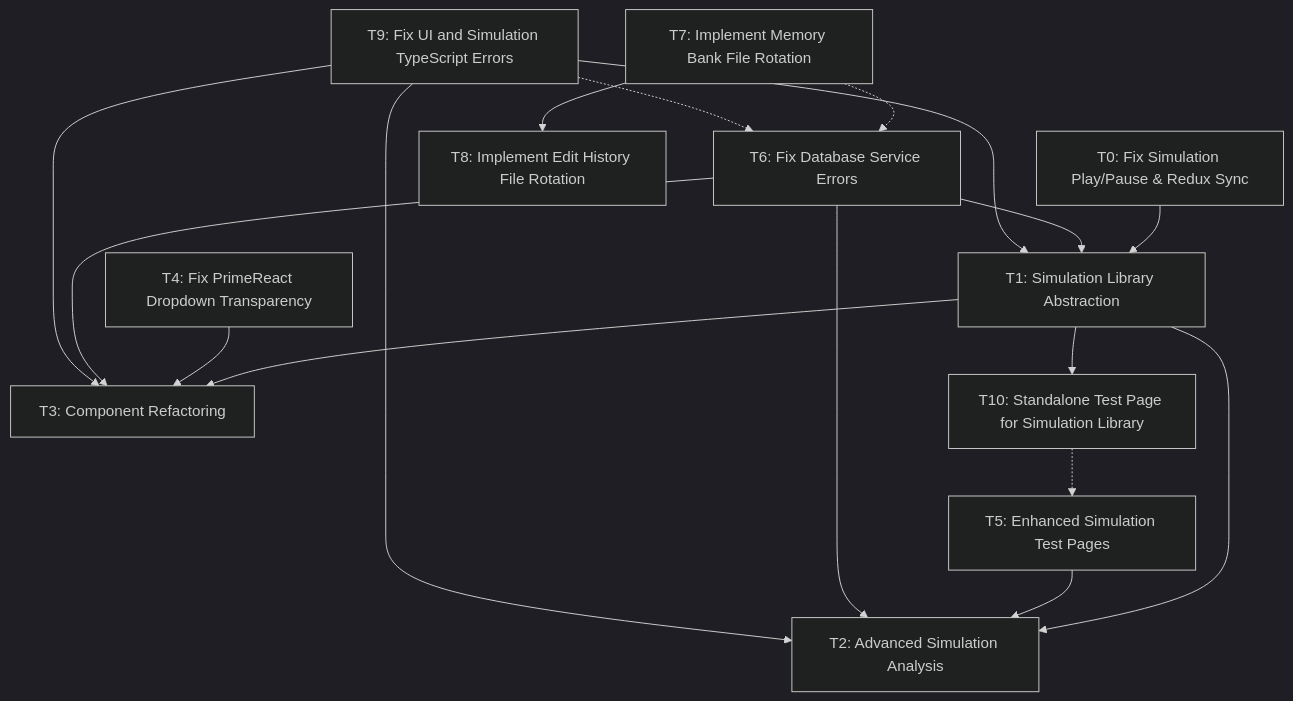
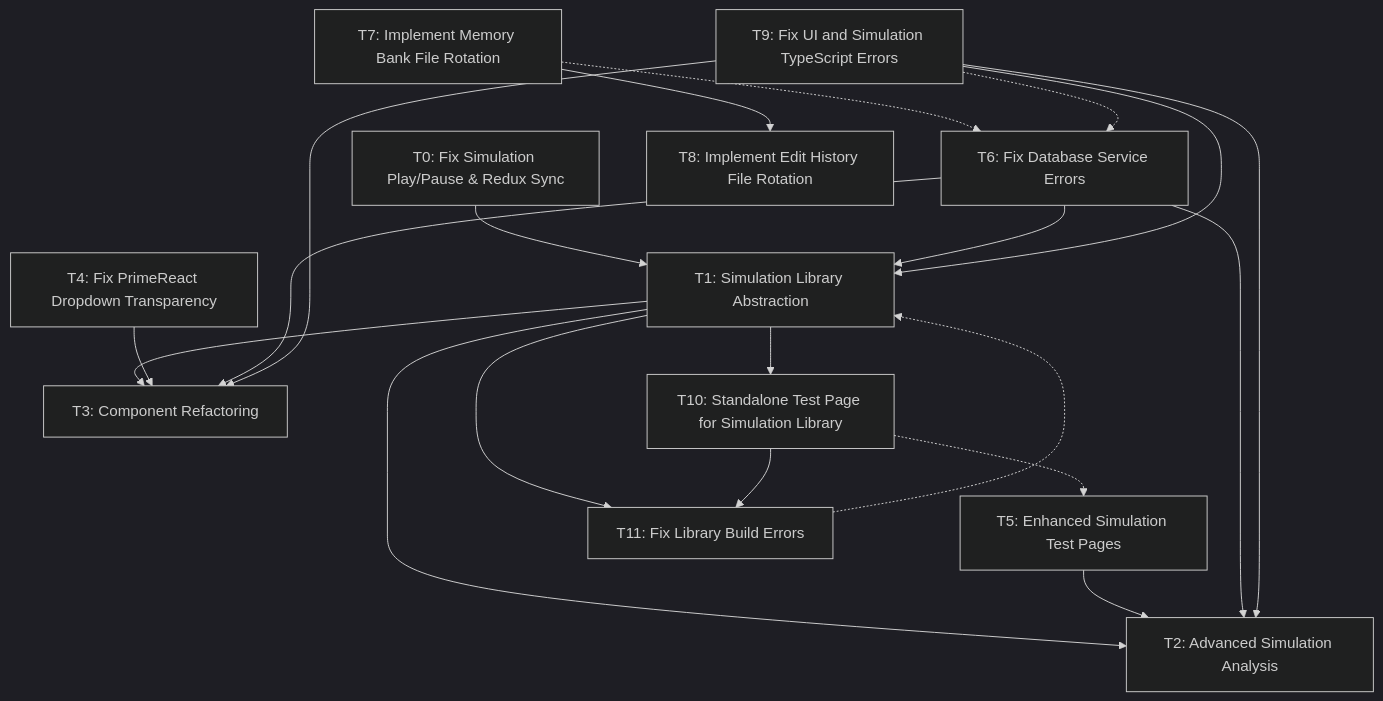
The diagram in memory-bank/tasks.md (space-cadet/spin_network_app), drawn with Mermaid (dark theme) before and after one commit. The commit also changed other lines of this file and 7 other files, not shown here.

````diff
--- a/memory-bank/tasks.md
+++ b/memory-bank/tasks.md
@@ -284,31 +314,35 @@
 ```mermaid
 graph TD
     T1[T1: Simulation Library Abstraction]
     T2[T2: Advanced Simulation Analysis]
     T3[T3: Component Refactoring]
     T0[T0: Fix Simulation Play/Pause & Redux Sync]
     T4[T4: Fix PrimeReact Dropdown Transparency]
     T5[T5: Enhanced Simulation Test Pages]
     T6[T6: Fix Database Service Errors]
     T7[T7: Implement Memory Bank File Rotation]
     T8[T8: Implement Edit History File Rotation]
     T9[T9: Fix UI and Simulation TypeScript Errors]
     T10[T10: Standalone Test Page for Simulation Library]
+    T11[T11: Fix Library Build Errors]
     
     T0 --> T1
     T1 --> T2
     T1 --> T3
     T1 --> T10
+    T1 --> T11
     T4 --> T3
     T5 --> T2
     T6 --> T1
     T6 --> T2
     T6 --> T3
     T7 -.-> T6
     T7 --> T8
     T9 --> T1
     T9 --> T2
     T9 --> T3
     T9 -.-> T6
     T10 -.-> T5
+    T10 --> T11
+    T11 -.-> T1
 ```
````
